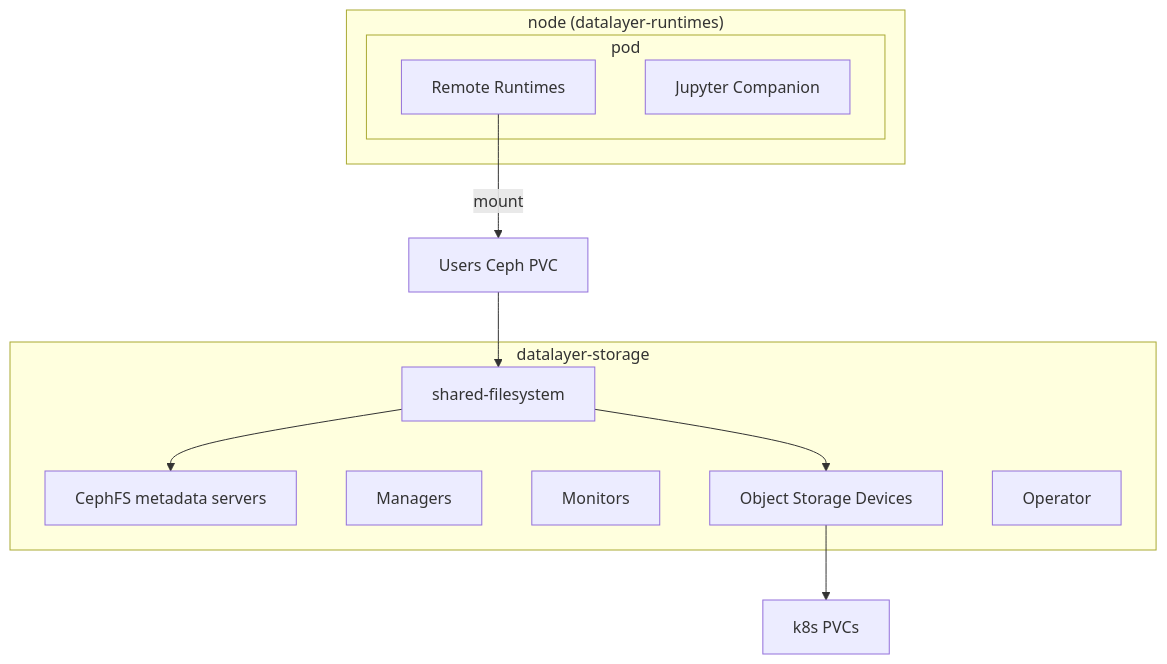
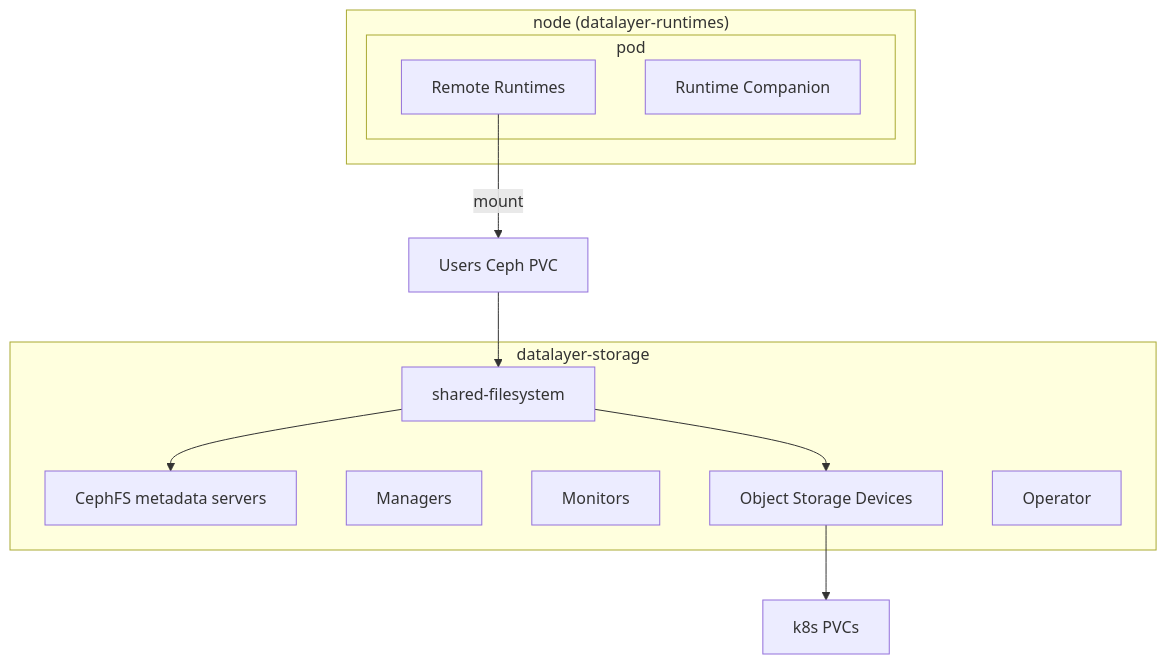
One commit to datalayer/clouder changed the diagram in docs/docs/services/01-system/04-shared-filesystem/index.mdx. Above: the diagram before and after it, drawn with Mermaid. The commit also changed other lines of this file and 8 other files, not shown here.

````diff
--- a/docs/docs/services/01-system/04-shared-filesystem/index.mdx
+++ b/docs/docs/services/01-system/04-shared-filesystem/index.mdx
@@ -343,23 +346,23 @@
 ```mermaid
 flowchart TB
     subgraph "datalayer-storage"
     mds[CephFS metadata servers]
     mgr[Managers]
     mon[Monitors]
     osd[Object Storage Devices]
     fs[shared-filesystem]
     op[Operator]
     end
 
     osd --> pvcs[k8s PVCs]
     fs --> osd
     fs --> mds
     userfs[Users Ceph PVC]-->fs
     subgraph "node (datalayer-runtimes)"
     subgraph pod
     rk[Remote Runtimes]
-    oc[Jupyter Companion]
+    oc[Runtime Companion]
     end
     end
     rk-- mount -->userfs
 ```
````
